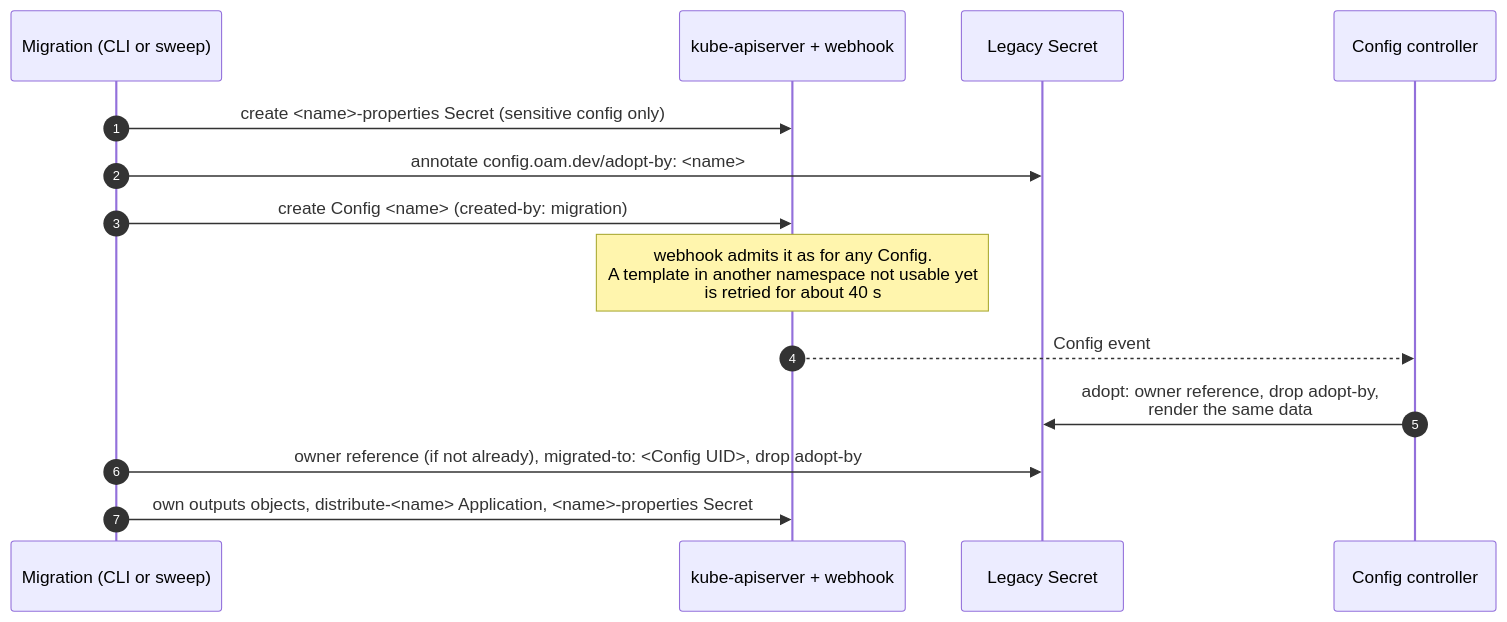
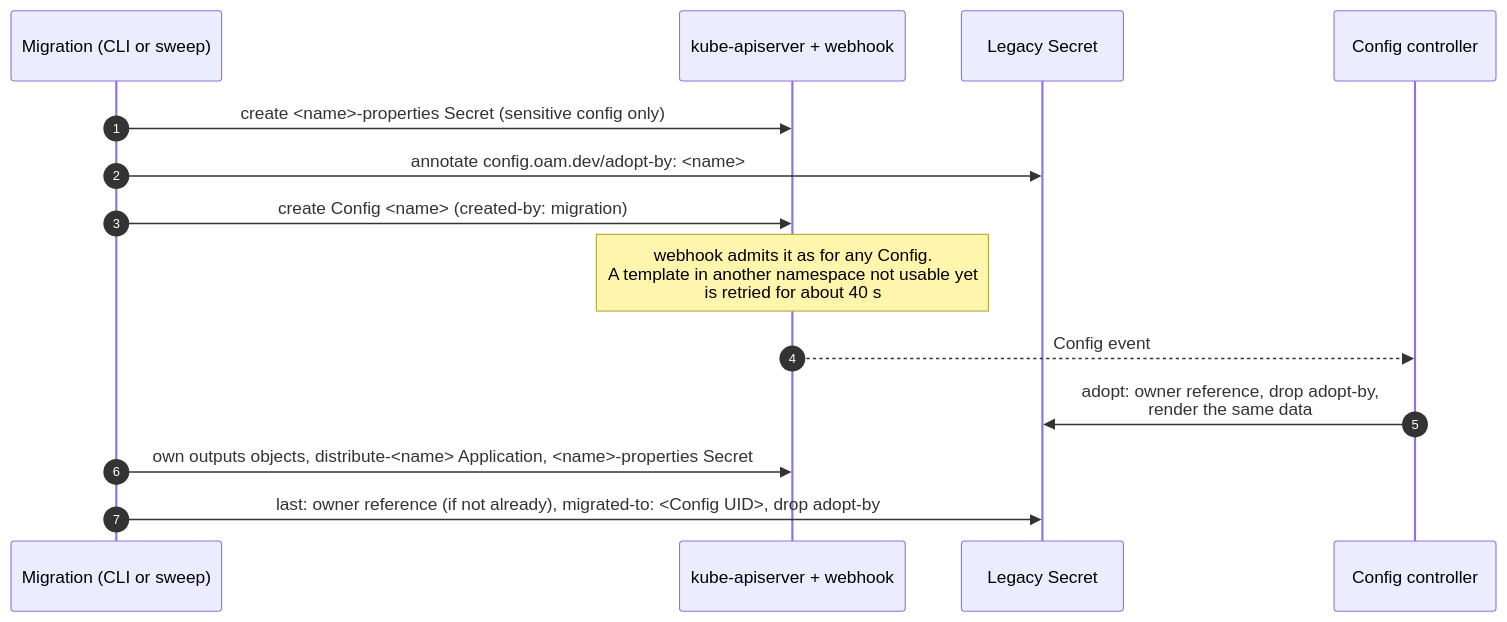
Before and after one commit to kubevela/kubevela: the first of 3 diagrams in design/vela-core/keps/2.18-config-crds/design/03-migration.md, drawn with Mermaid. The commit also changed other lines of this file and 9 other files, not shown here.

````diff
--- a/design/vela-core/keps/2.18-config-crds/design/03-migration.md
+++ b/design/vela-core/keps/2.18-config-crds/design/03-migration.md
@@ -72,17 +72,17 @@
 ```mermaid
 sequenceDiagram
     autonumber
     participant M as Migration (CLI or sweep)
     participant API as kube-apiserver + webhook
     participant S as Legacy Secret
     participant C as Config controller
 
     M->>API: create <name>-properties Secret (sensitive config only)
     M->>S: annotate config.oam.dev/adopt-by: <name>
     M->>API: create Config <name> (created-by: migration)
     Note over API: webhook admits it as for any Config.<br/>A template in another namespace not usable yet<br/>is retried for about 40 s
     API-->>C: Config event
     C->>S: adopt: owner reference, drop adopt-by,<br/>render the same data
-    M->>S: owner reference (if not already), migrated-to: <Config UID>, drop adopt-by
     M->>API: own outputs objects, distribute-<name> Application, <name>-properties Secret
+    M->>S: last: owner reference (if not already), migrated-to: <Config UID>, drop adopt-by
 ```
````
